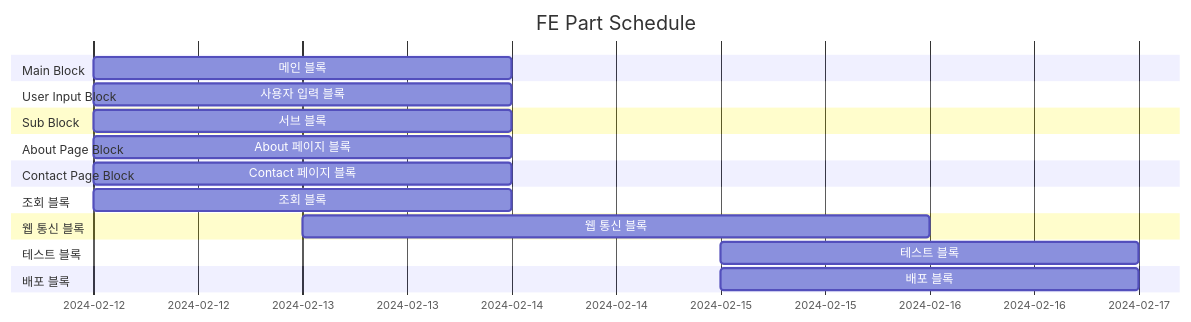
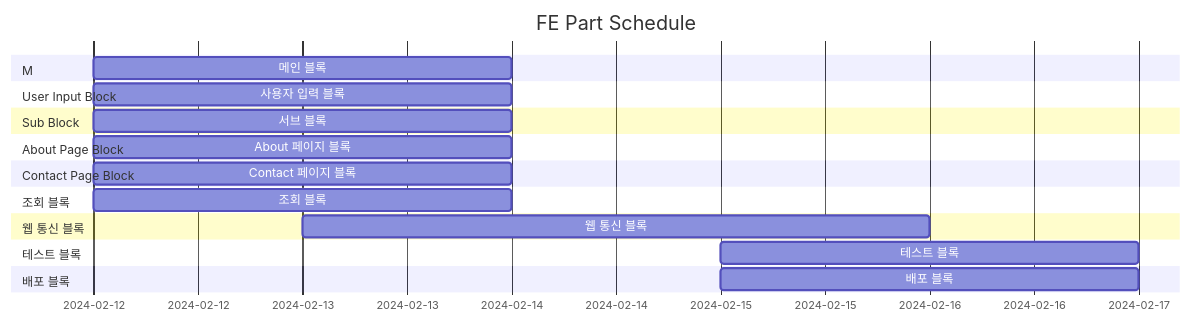
Before and after one commit to TheRealParkJoohyung/product-pricing: the second of 2 diagrams in README.md, drawn with Mermaid.

````diff
--- a/README.md
+++ b/README.md
@@ -61,23 +61,23 @@
 ```mermaid
 gantt
     title FE Part Schedule
     dateFormat YYYY-MM-DD
-    section Main Block
+    section M
         메인 블록 :2024-02-12, 2d
     section User Input Block
         사용자 입력 블록 :2024-02-12, 2d
     section Sub Block
         서브 블록 :2024-02-12, 2d
     section About Page Block
         About 페이지 블록 :2024-02-12, 2d
     section Contact Page Block
         Contact 페이지 블록 :2024-02-12, 2d
     section 조회 블록
         조회 블록 :2024-02-12, 2d
     section 웹 통신 블록
         웹 통신 블록 :2024-02-13, 3d
     section 테스트 블록
         테스트 블록 :2024-02-15, 2d
     section 배포 블록
         배포 블록 :2024-02-15, 2d
 ```
````
